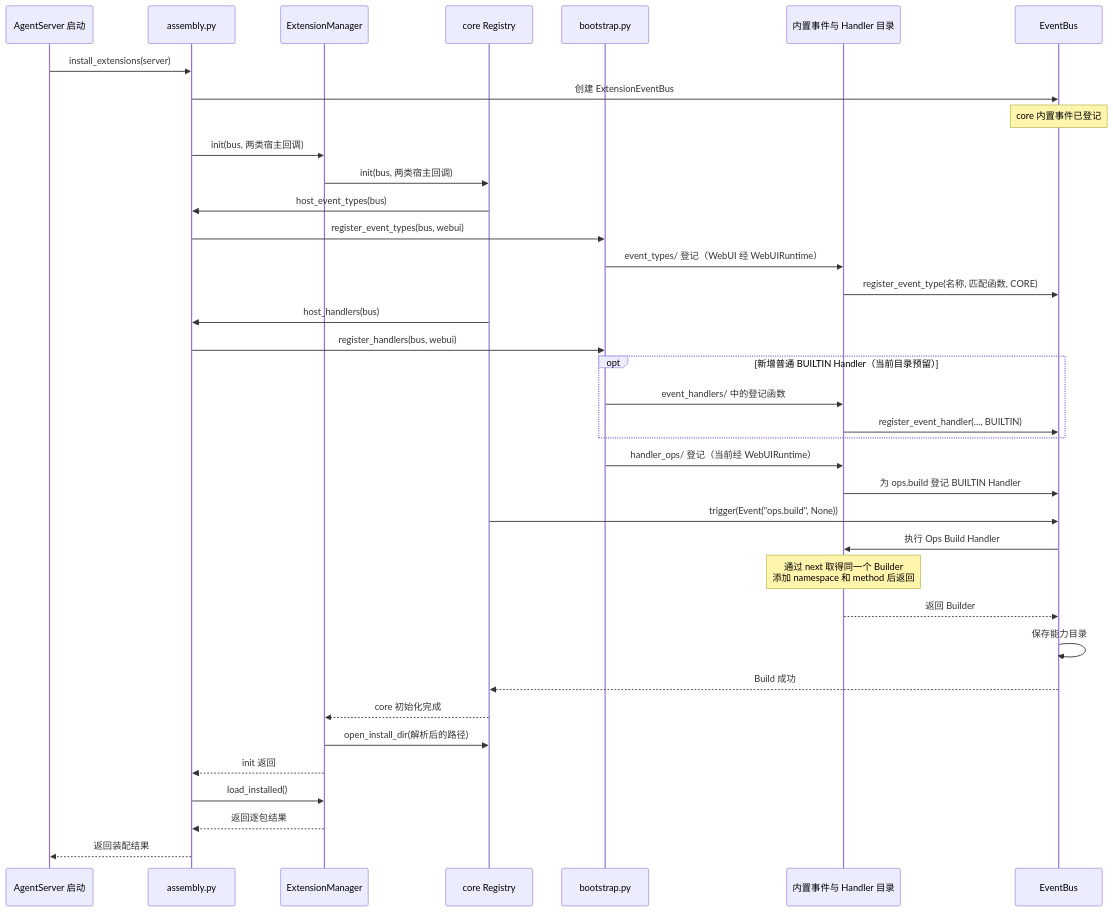
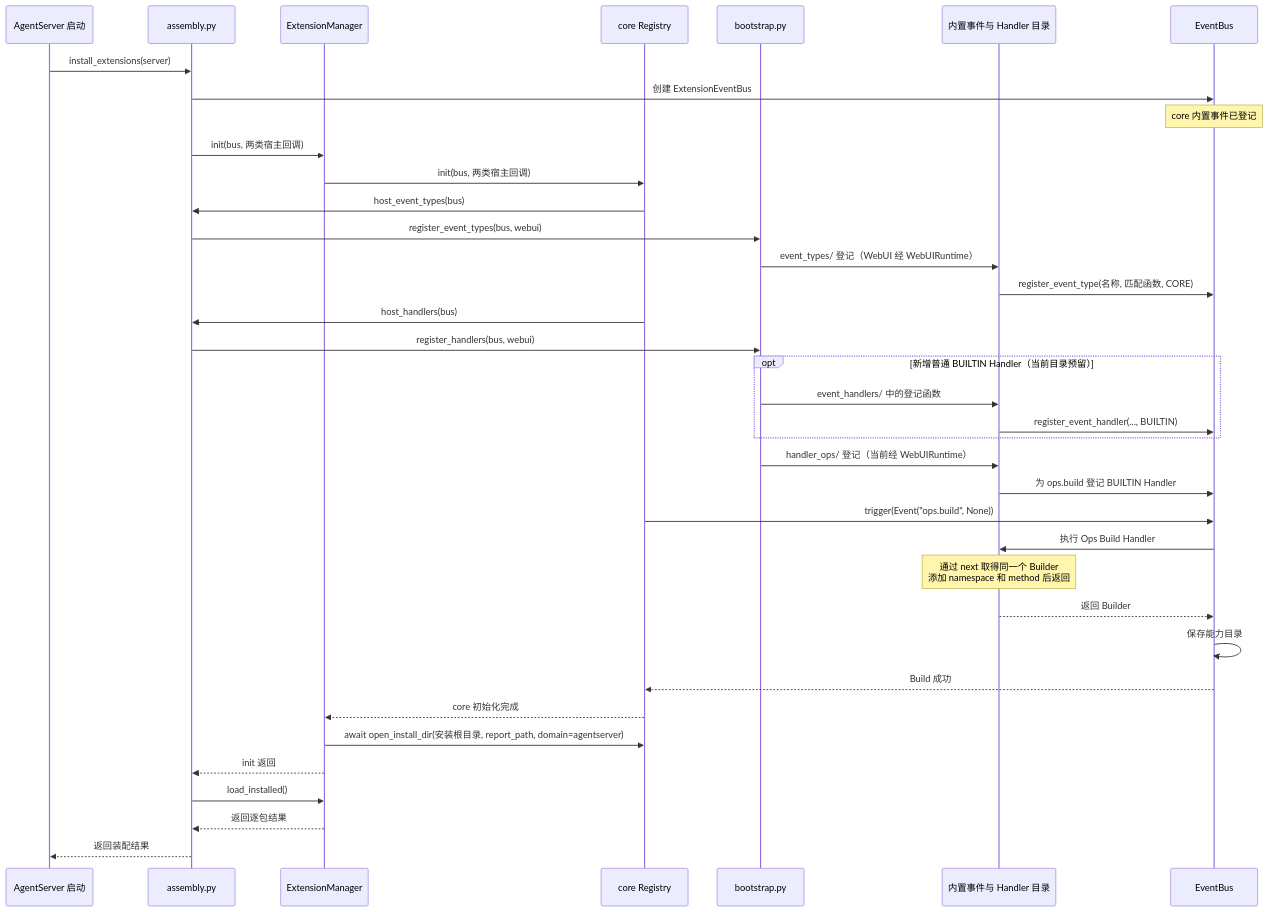
One commit to openJiuwen-ai/jiuwenswarm changed the second of 6 diagrams in jiuwenswarm/extensions_v2/docs/designs/builtin-event-development-guide.md. Above: the diagram before and after it, drawn with Mermaid. The commit also changed 74 other files, not shown here.

Commit message:
feat(extensions): integrate domain loading and install reports

````diff
--- a/jiuwenswarm/extensions_v2/docs/designs/builtin-event-development-guide.md
+++ b/jiuwenswarm/extensions_v2/docs/designs/builtin-event-development-guide.md
@@ -29,40 +29,40 @@
 ```mermaid
 sequenceDiagram
     participant AS as AgentServer 启动
     participant A as assembly.py
     participant M as ExtensionManager
     participant R as core Registry
     participant S as bootstrap.py
     participant D as 内置事件与 Handler 目录
     participant B as EventBus
 
     AS->>A: install_extensions(server)
     A->>B: 创建 ExtensionEventBus
     Note over B: core 内置事件已登记
     A->>M: init(bus, 两类宿主回调)
     M->>R: init(bus, 两类宿主回调)
     R->>A: host_event_types(bus)
     A->>S: register_event_types(bus, webui)
     S->>D: event_types/ 登记（WebUI 经 WebUIRuntime）
     D->>B: register_event_type(名称, 匹配函数, CORE)
     R->>A: host_handlers(bus)
     A->>S: register_handlers(bus, webui)
     opt 新增普通 BUILTIN Handler（当前目录预留）
         S->>D: event_handlers/ 中的登记函数
         D->>B: register_event_handler(..., BUILTIN)
     end
     S->>D: handler_ops/ 登记（当前经 WebUIRuntime）
     D->>B: 为 ops.build 登记 BUILTIN Handler
     R->>B: trigger(Event("ops.build", None))
     B->>D: 执行 Ops Build Handler
     Note over D: 通过 next 取得同一个 Builder<br/>添加 namespace 和 method 后返回
     D-->>B: 返回 Builder
     B->>B: 保存能力目录
     B-->>R: Build 成功
     R-->>M: core 初始化完成
-    M->>R: open_install_dir(解析后的路径)
+    M->>R: await open_install_dir(安装根目录, report_path, domain=agentserver)
     M-->>A: init 返回
     A->>M: load_installed()
     M-->>A: 返回逐包结果
     A-->>AS: 返回装配结果
 ```
````
